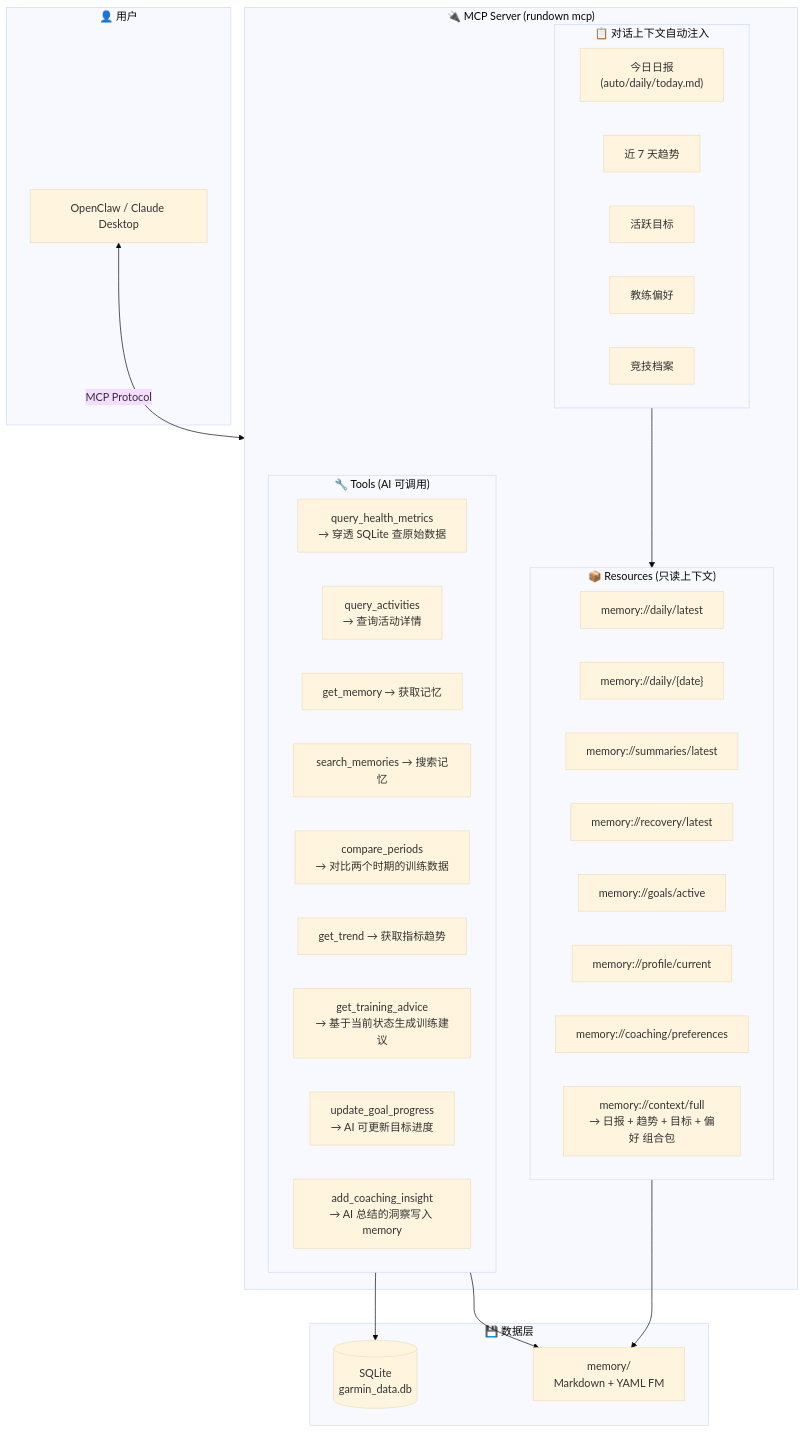
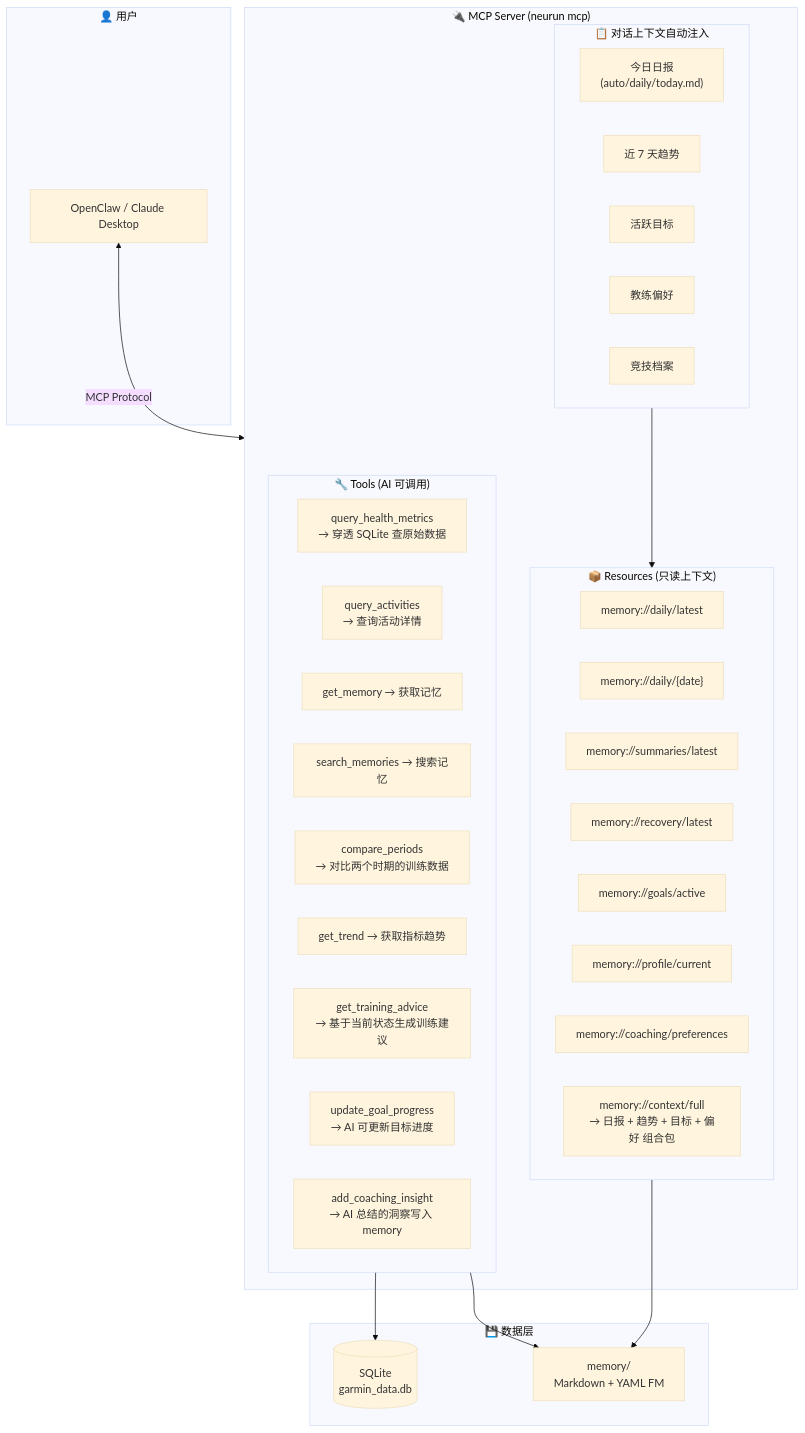
The diagram in docs/design/08-design-decisions.md (qd1993102/rundown), drawn with Mermaid (base theme) before and after one commit. The commit also changed other lines of this file and 65 other files, not shown here.

````diff
--- a/docs/design/08-design-decisions.md
+++ b/docs/design/08-design-decisions.md
@@ -57,50 +64,50 @@
 ```mermaid
 graph TB
     subgraph USER["👤 用户"]
         OPENCLAW["OpenClaw / Claude Desktop"]
     end
 
-    subgraph MCP["🔌 MCP Server (rundown mcp)"]
+    subgraph MCP["🔌 MCP Server (neurun mcp)"]
         subgraph CONTEXT["📋 对话上下文自动注入"]
             DAILY_CTX["今日日报<br/>(auto/daily/today.md)"]
             RECENT_CTX["近 7 天趋势"]
             GOALS_CTX["活跃目标"]
             PREFERENCES_CTX["教练偏好"]
             PROFILE_CTX["竞技档案"]
         end
 
         subgraph RESOURCES["📦 Resources (只读上下文)"]
             R_DAILY["memory://daily/latest"]
             R_DAILY_DATE["memory://daily/{date}"]
             R_SUMMARIES["memory://summaries/latest"]
             R_RECOVERY["memory://recovery/latest"]
             R_GOALS["memory://goals/active"]
             R_PROFILE["memory://profile/current"]
             R_PREFS["memory://coaching/preferences"]
             R_CONTEXT["memory://context/full<br/>→ 日报 + 趋势 + 目标 + 偏好 组合包"]
         end
 
         subgraph TOOLS["🔧 Tools (AI 可调用)"]
             T_QUERY_HEALTH["query_health_metrics<br/>→ 穿透 SQLite 查原始数据"]
             T_QUERY_ACT["query_activities<br/>→ 查询活动详情"]
             T_GET_MEMORY["get_memory → 获取记忆"]
             T_SEARCH["search_memories → 搜索记忆"]
             T_COMPARE["compare_periods<br/>→ 对比两个时期的训练数据"]
             T_TREND["get_trend → 获取指标趋势"]
             T_ADVICE["get_training_advice<br/>→ 基于当前状态生成训练建议"]
             T_UPDATE_GOAL["update_goal_progress<br/>→ AI 可更新目标进度"]
             T_ADD_INSIGHT["add_coaching_insight<br/>→ AI 总结的洞察写入 memory"]
         end
     end
 
     subgraph DATA["💾 数据层"]
         SQLITE[("SQLite<br/>garmin_data.db")]
         MEMORY_FILES["memory/<br/>Markdown + YAML FM"]
     end
 
     OPENCLAW <-->|"MCP Protocol"| MCP
     CONTEXT --> RESOURCES
     TOOLS --> SQLITE
     TOOLS --> MEMORY_FILES
     RESOURCES --> MEMORY_FILES
 ```
````
